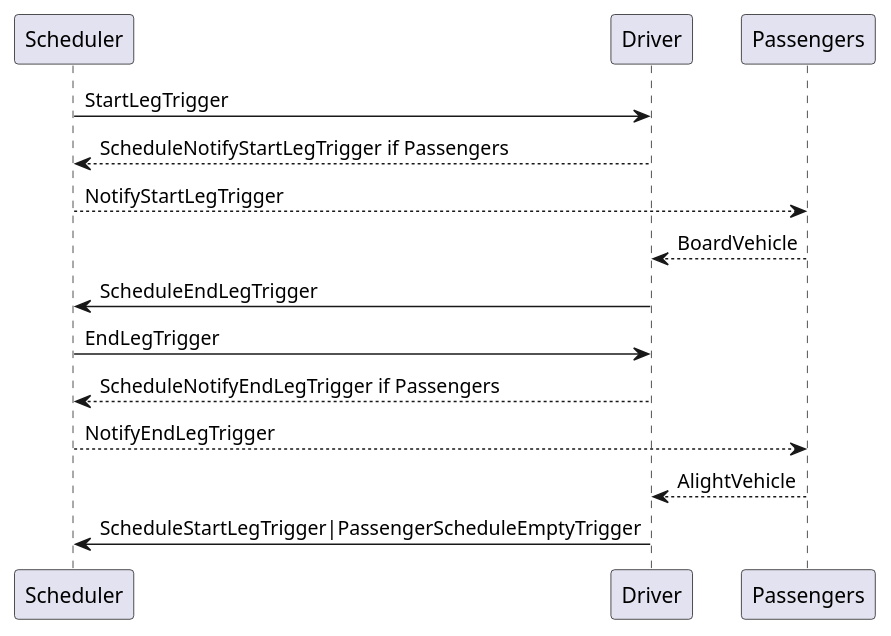
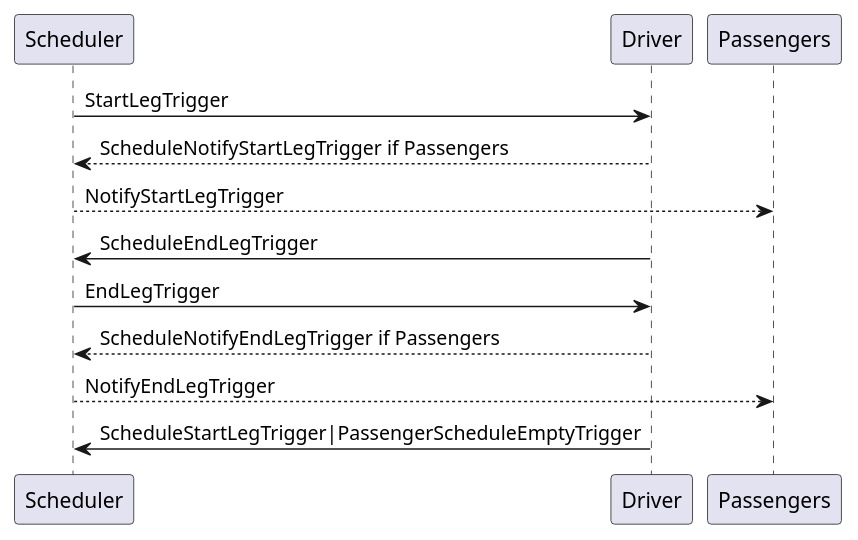
The diagram in docs/uml/ProtocolDriving.puml (LBNL-UCB-STI/beam), drawn with PlantUML before and after one commit. The commit also changed 2 other files, not shown here.

```diff
--- a/docs/uml/ProtocolDriving.puml
+++ b/docs/uml/ProtocolDriving.puml
@@ -1,12 +1,10 @@
 @startuml
 Scheduler -> Driver: StartLegTrigger
 Driver --> Scheduler: ScheduleNotifyStartLegTrigger if Passengers
 Scheduler --> Passengers: NotifyStartLegTrigger
-Passengers --> Driver: BoardVehicle
 Driver -> Scheduler: ScheduleEndLegTrigger
 Scheduler -> Driver: EndLegTrigger
 Driver --> Scheduler: ScheduleNotifyEndLegTrigger if Passengers
 Scheduler --> Passengers: NotifyEndLegTrigger
-Passengers --> Driver: AlightVehicle
 Driver -> Scheduler: ScheduleStartLegTrigger|PassengerScheduleEmptyTrigger
 @enduml
```
